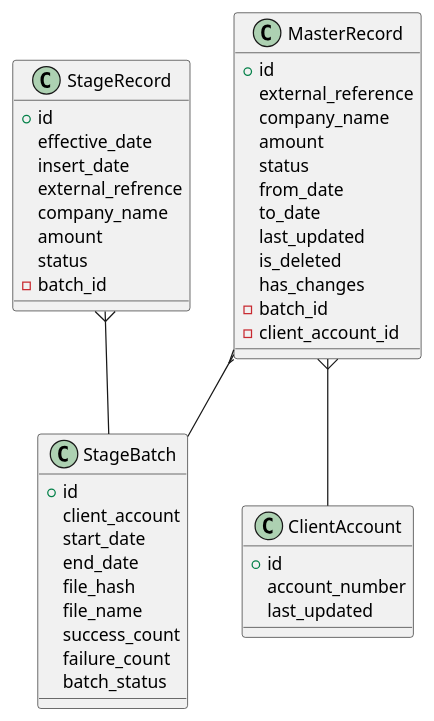
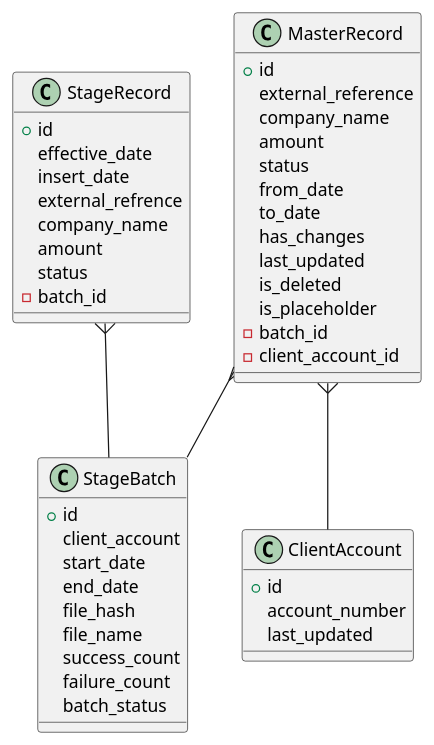
Before and after one commit to mariusvrstr/Python-SCD-ETL: the diagram in docs/database_design.puml, drawn with PlantUML. The commit also changed 16 other files, not shown here.

```diff
--- a/docs/database_design.puml
+++ b/docs/database_design.puml
@@ -1,51 +1,52 @@
 @startuml ERD Design
 
 class StageRecord {
     +id
     effective_date
     insert_date
     external_refrence
     company_name
     amount
     status
     -batch_id
 }
 
 class StageBatch {
     +id
     client_account
     start_date
     end_date
     file_hash
     file_name
     success_count
     failure_count
     batch_status
 }
 
 class MasterRecord {
     +id
     external_reference
     company_name
     amount
     status
     from_date
     to_date
+    has_changes
     last_updated
-    is_deleted    
-    has_changes
+    is_deleted
+    is_placeholder
     -batch_id
     -client_account_id
 }
 
 class ClientAccount {
     +id
     account_number
     last_updated
 }
 
 StageRecord }-- StageBatch
 MasterRecord }-- ClientAccount
 MasterRecord }-- StageBatch
 
 @enduml
```
